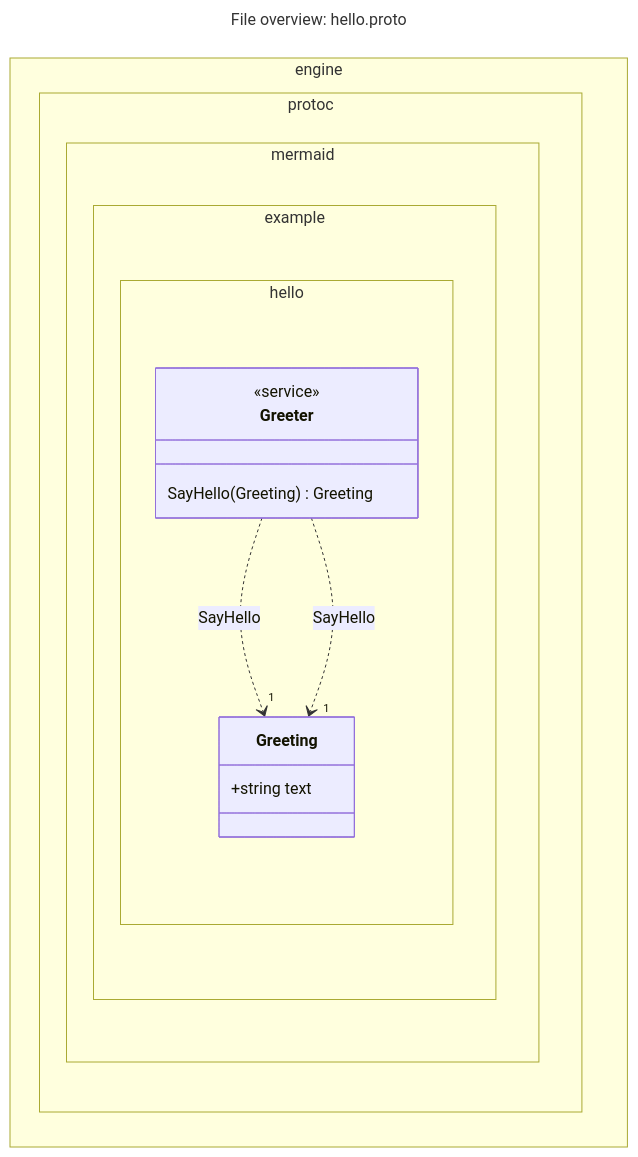
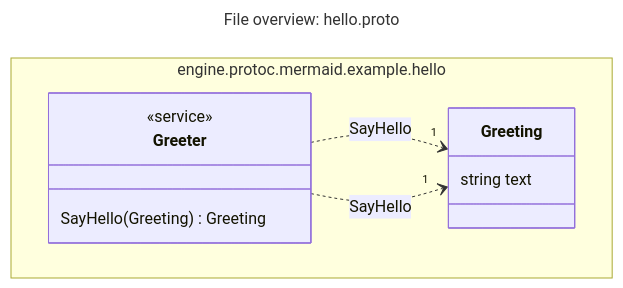
The diagram in examples/src/hello/resources/engine.protoc.mermaid.example.hello.hello.mermaid (engine-public/protoc-gen-mermaid), drawn with Mermaid before and after one commit. The commit also changed 37 other files, not shown here.

First line of the commit message:
Add diagram display options

```diff
--- a/examples/src/hello/resources/engine.protoc.mermaid.example.hello.hello.mermaid
+++ b/examples/src/hello/resources/engine.protoc.mermaid.example.hello.hello.mermaid
@@ -1,17 +1,21 @@
 ---
   title: "File overview: hello.proto"
+  config:
+    class:
+      hideEmptyMembersBox: true
+      hierarchicalNamespaces: false
 ---
 classDiagram
     namespace engine.protoc.mermaid.example.hello {
         class Greeting {
-            +string text
+            string text
         }
 
         class Greeter {
             <<service>>
             SayHello(Greeting) Greeting
         }
     }
 
     Greeter ..> "1" Greeting : SayHello
     Greeter ..> "1" Greeting : SayHello
```
